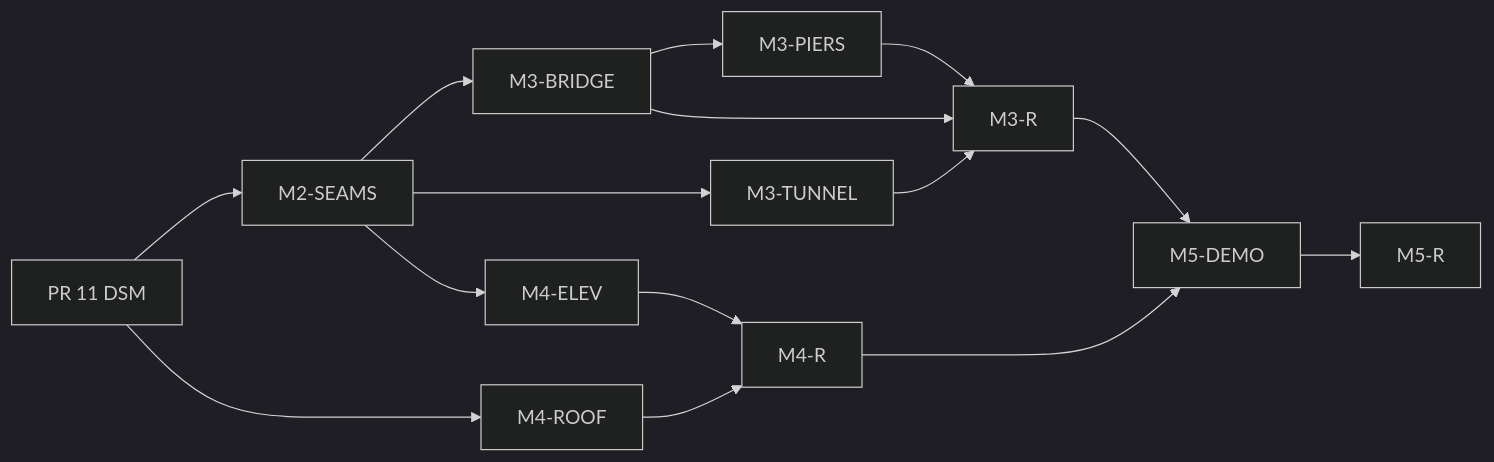
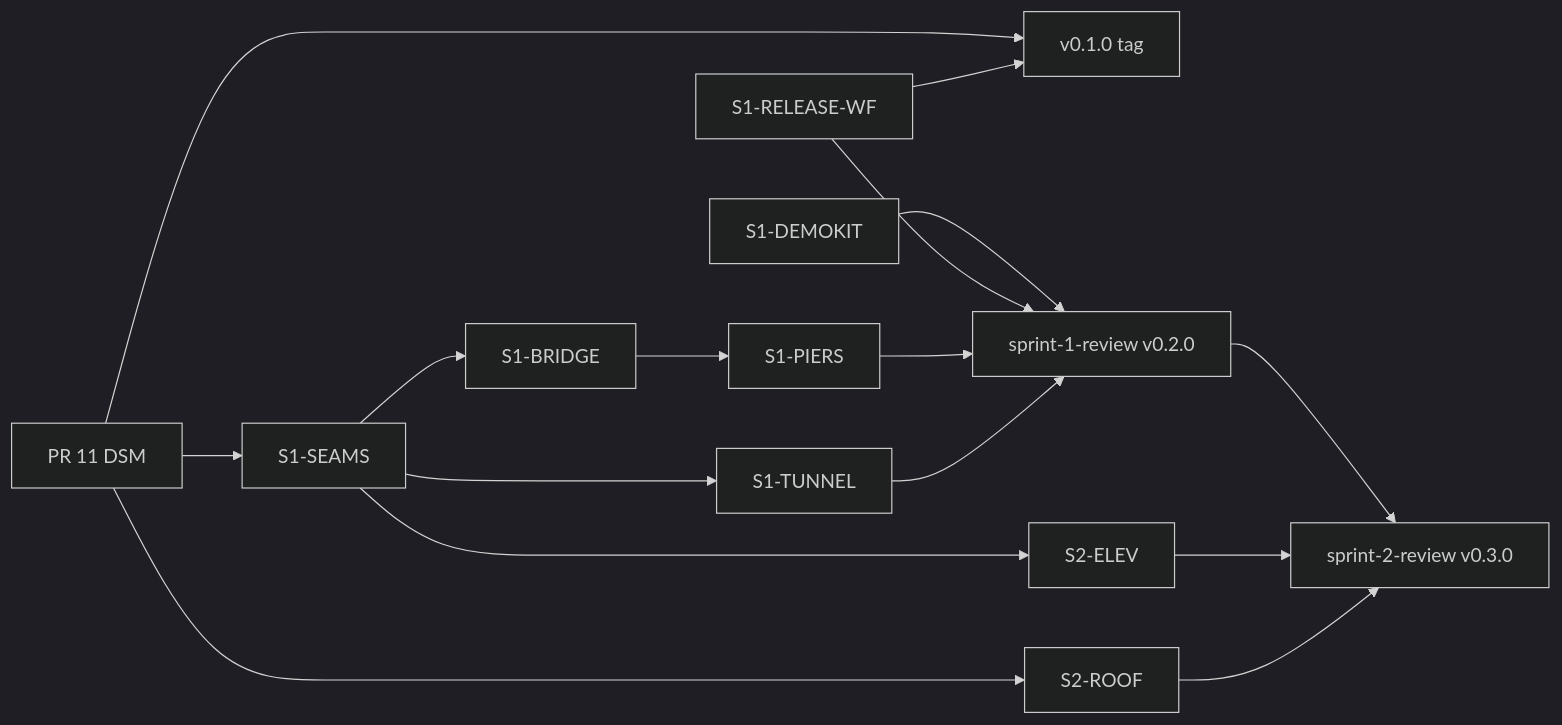
The diagram in design/roadmap.md (lingshf/map-builder), drawn with Mermaid (dark theme) before and after one commit. The commit also changed other lines of this file and 16 other files, not shown here.

Commit message:
Design: two-sprint plan with releases (D17), cheap demo kit, renumbered decisions

````diff
--- a/design/roadmap.md
+++ b/design/roadmap.md
@@ -52,17 +57,18 @@
 ```mermaid
 flowchart LR
-  PR11[PR 11 DSM] --> SEAMS[M2-SEAMS]
-  PR11 --> ROOF[M4-ROOF]
-  SEAMS --> BRIDGE[M3-BRIDGE]
-  SEAMS --> TUNNEL[M3-TUNNEL]
-  SEAMS --> ELEV[M4-ELEV]
-  BRIDGE --> PIERS[M3-PIERS]
-  BRIDGE --> M3R[M3-R]
-  TUNNEL --> M3R
-  PIERS --> M3R
-  ELEV --> M4R[M4-R]
-  ROOF --> M4R
-  M3R --> DEMO[M5-DEMO]
-  M4R --> DEMO
-  DEMO --> M5R[M5-R]
+  PR11[PR 11 DSM] --> V010[v0.1.0 tag]
+  RWF[S1-RELEASE-WF] --> V010
+  PR11 --> SEAMS[S1-SEAMS]
+  PR11 --> ROOF[S2-ROOF]
+  SEAMS --> BRIDGE[S1-BRIDGE]
+  SEAMS --> TUNNEL[S1-TUNNEL]
+  SEAMS --> ELEV[S2-ELEV]
+  BRIDGE --> PIERS[S1-PIERS]
+  DEMO[S1-DEMOKIT] --> R1[sprint-1-review v0.2.0]
+  RWF --> R1
+  PIERS --> R1
+  TUNNEL --> R1
+  R1 --> R2[sprint-2-review v0.3.0]
+  ELEV --> R2
+  ROOF --> R2
 ```
````
